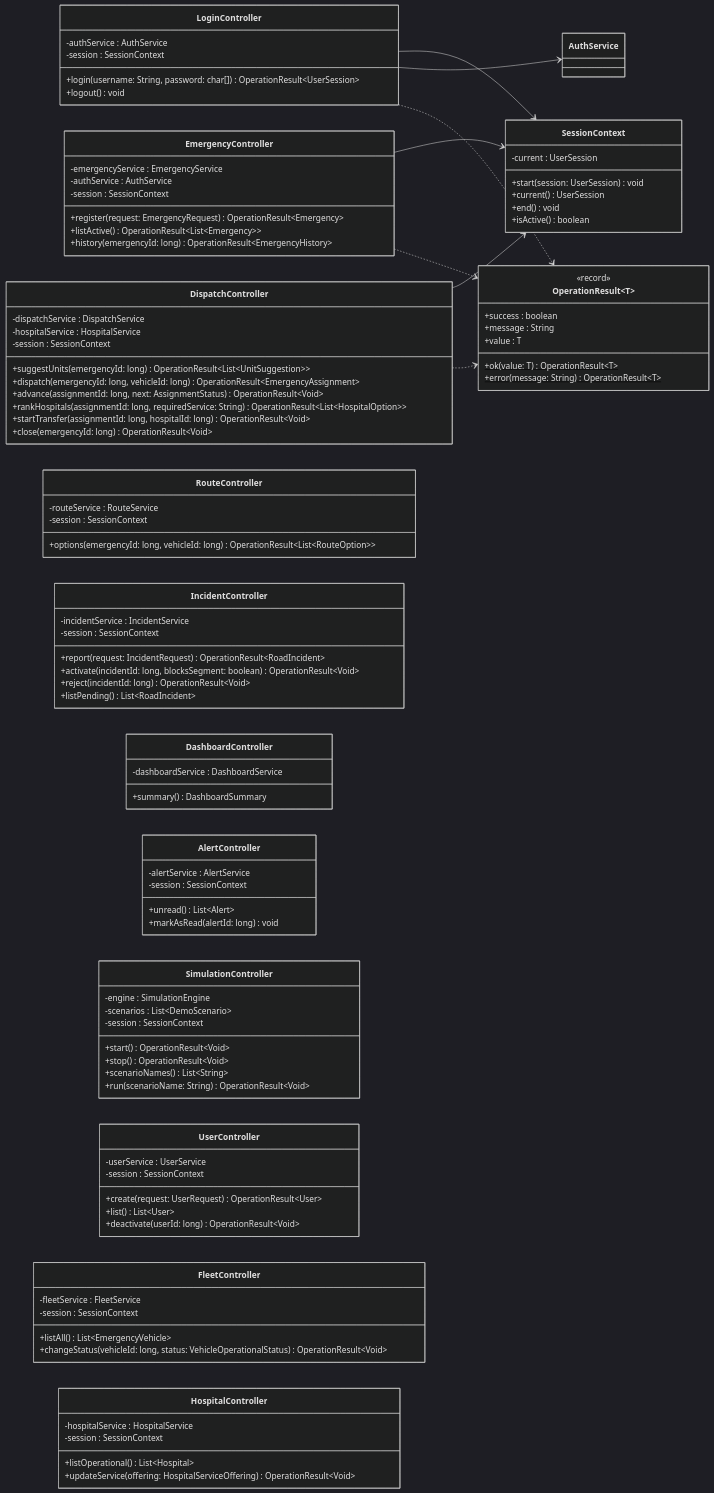
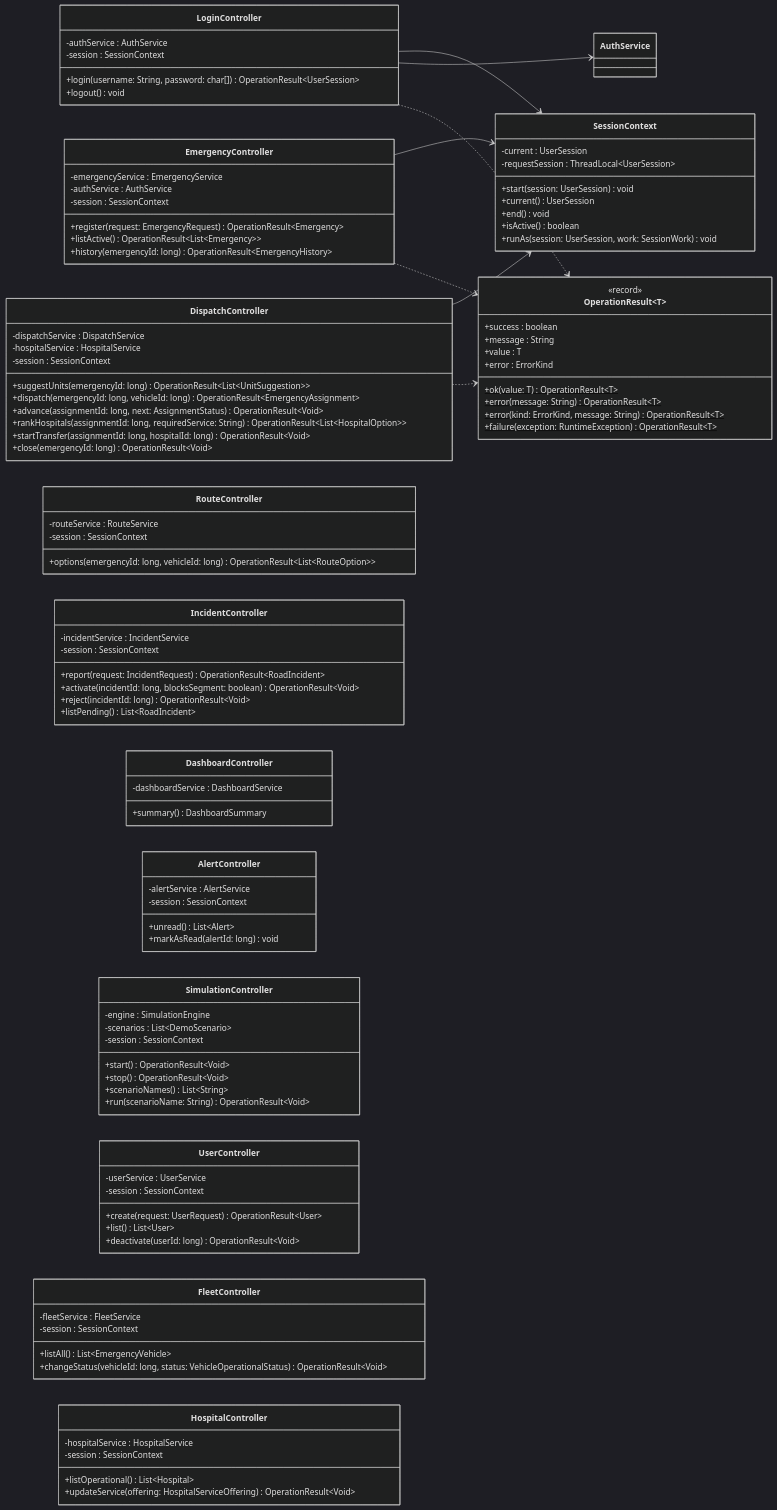
One commit to afzabaleta/RutaVida changed diagram 22 of 24 in docs/class-diagram.md. Above: the diagram before and after it, drawn with Mermaid (dark theme). The commit also changed other lines of this file, not shown here.

Commit message:
fix: sync class diagram after rebase

```diff
--- a/docs/class-diagram.md
+++ b/docs/class-diagram.md
@@ -1680,18 +1680,23 @@
 
     class SessionContext {
         -current : UserSession
+        -requestSession : ThreadLocal~UserSession~
         +start(session: UserSession) void
         +current() UserSession
         +end() void
         +isActive() boolean
+        +runAs(session: UserSession, work: SessionWork) void
     }
     class OperationResult~T~ {
         <<record>>
         +success : boolean
         +message : String
         +value : T
+        +error : ErrorKind
         +ok(value: T) OperationResult~T~$
         +error(message: String) OperationResult~T~$
+        +error(kind: ErrorKind, message: String) OperationResult~T~$
+        +failure(exception: RuntimeException) OperationResult~T~$
     }
     class LoginController {
         -authService : AuthService
```
